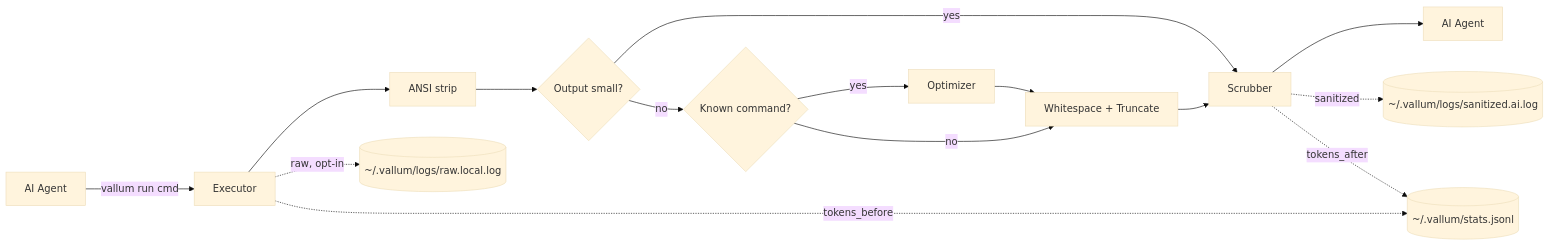
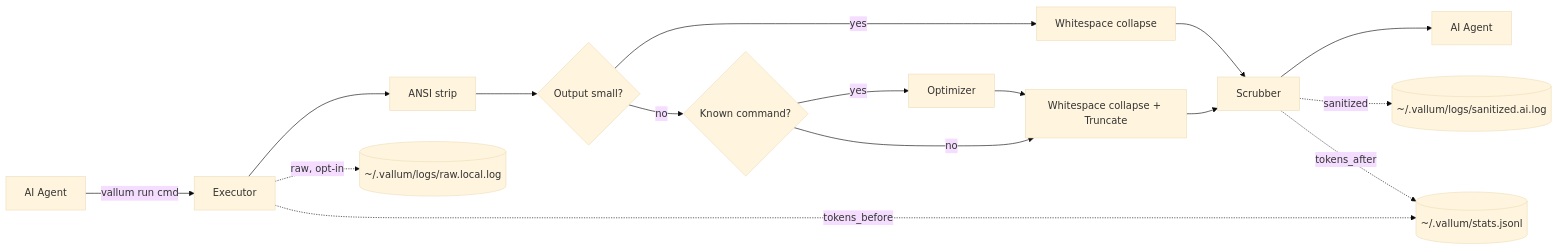
One commit to kahramanemir/Vallum changed the diagram in README.md. Above: the diagram before and after it, drawn with Mermaid (base theme). The commit also changed other lines of this file, not shown here.

Commit message:
docs(readme): fix pipeline diagram + reconcile module table
- Pipeline mermaid: small-output path now flows through whitespace
  collapse before the scrubber (it skips only optimize/truncate, per
  main.rs), matching the actual short-circuit behavior.
- Module table: add src/lib.rs (library surface for integration tests).
- cli.rs row: list all subcommands (hook/install-hook/config/completions),
  not just run/stats.

````diff
--- a/README.md
+++ b/README.md
@@ -23,17 +23,18 @@
 ```mermaid
 flowchart LR
     A[AI Agent] -->|vallum run cmd| B[Executor]
     B --> C[ANSI strip]
     C --> D{Output small?}
-    D -->|yes| H[Scrubber]
+    D -->|yes| W[Whitespace collapse]
     D -->|no| E{Known command?}
     E -->|yes| F[Optimizer]
-    E -->|no| G[Whitespace + Truncate]
+    E -->|no| G[Whitespace collapse + Truncate]
     F --> G
+    W --> H[Scrubber]
     G --> H
     H --> I[AI Agent]
     B -. raw, opt-in .-> J[(~/.vallum/logs/raw.local.log)]
     H -. sanitized .-> K[(~/.vallum/logs/sanitized.ai.log)]
     B -.->|tokens_before| L[(~/.vallum/stats.jsonl)]
     H -.->|tokens_after| L
 ```
````
